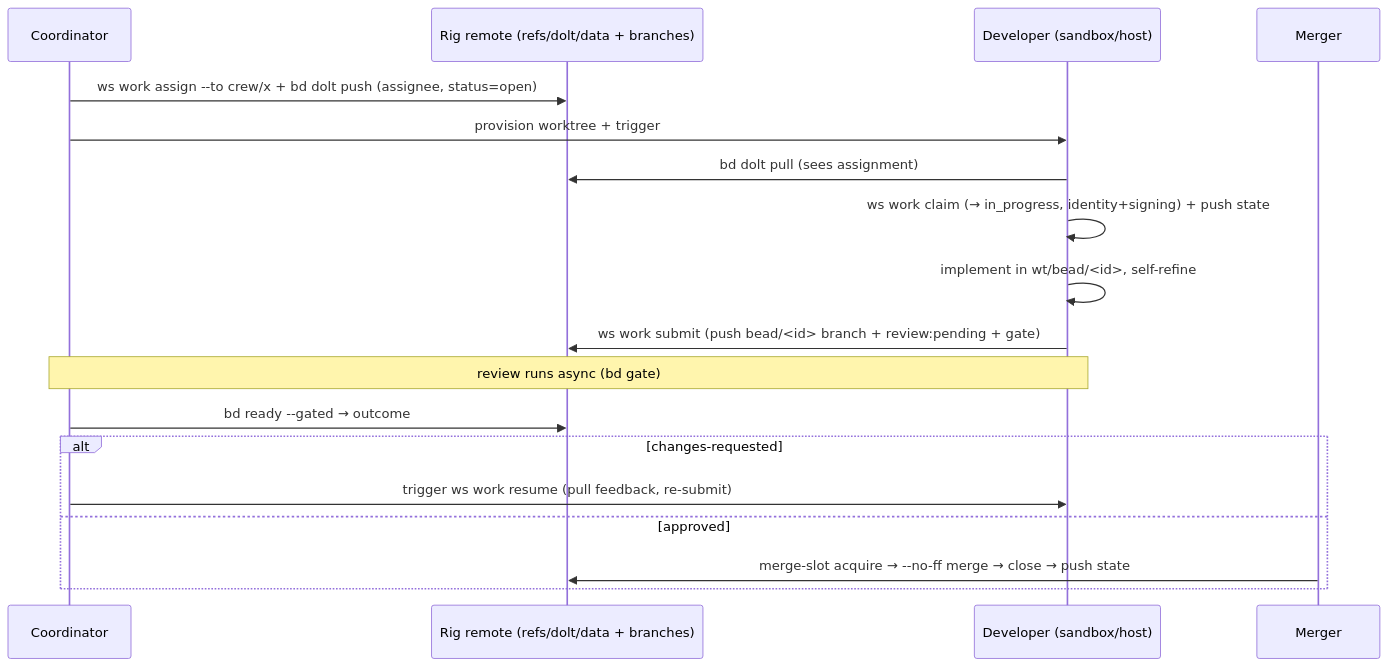
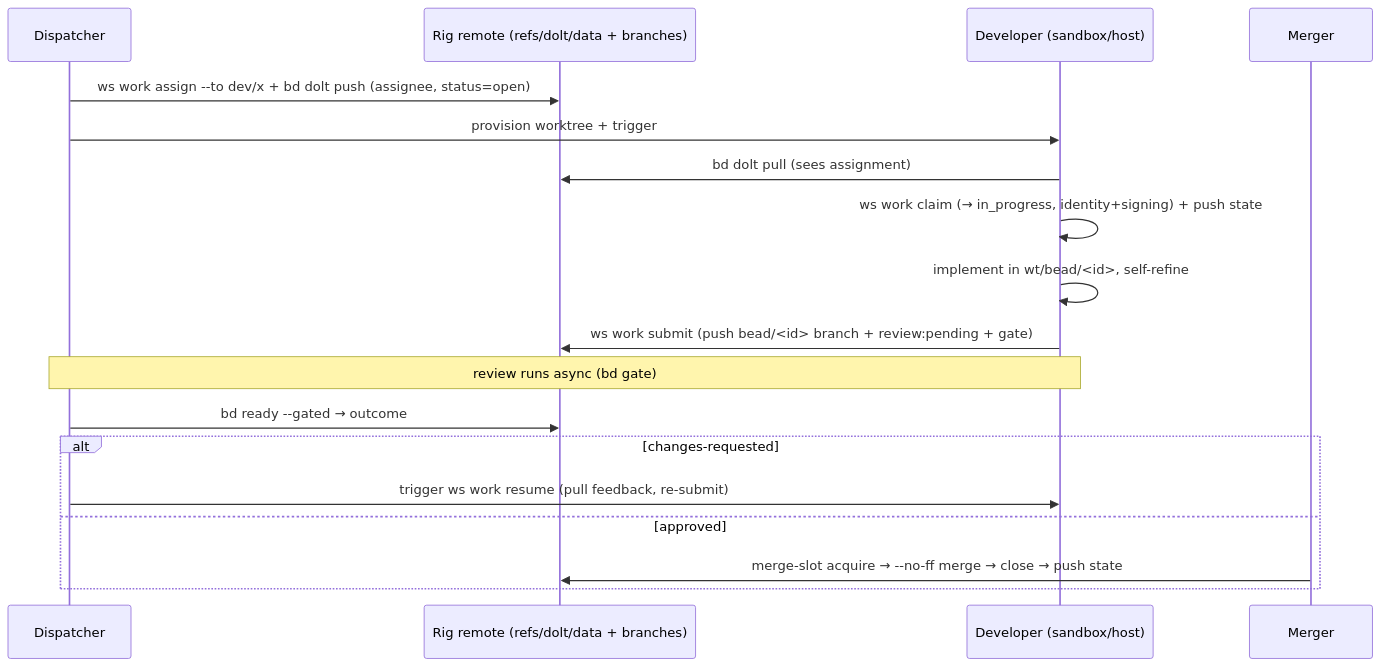
Before and after one commit to beadhive/beadhive: the second of 2 diagrams in docs/BEADS-SYNC.md, drawn with Mermaid. The commit also changed other lines of this file and 61 other files, not shown here.

Commit message:
feat(coordinator): batch scheduling — multi-bead work groups

````diff
--- a/docs/BEADS-SYNC.md
+++ b/docs/BEADS-SYNC.md
@@ -76,20 +76,20 @@
 ```mermaid
 sequenceDiagram
-  participant C as Coordinator
+  participant C as Dispatcher
   participant R as Rig remote (refs/dolt/data + branches)
   participant D as Developer (sandbox/host)
   participant M as Merger
-  C->>R: ws work assign --to crew/x  +  bd dolt push (assignee, status=open)
+  C->>R: ws work assign --to dev/x  +  bd dolt push (assignee, status=open)
   C->>D: provision worktree + trigger
   D->>R: bd dolt pull (sees assignment)
   D->>D: ws work claim (→ in_progress, identity+signing)  +  push state
   D->>D: implement in wt/bead/<id>, self-refine
   D->>R: ws work submit (push bead/<id> branch + review:pending + gate)
   Note over C,D: review runs async (bd gate)
   C->>R: bd ready --gated → outcome
   alt changes-requested
     C->>D: trigger ws work resume (pull feedback, re-submit)
   else approved
     M->>R: merge-slot acquire → --no-ff merge → close → push state
   end
 ```
````
